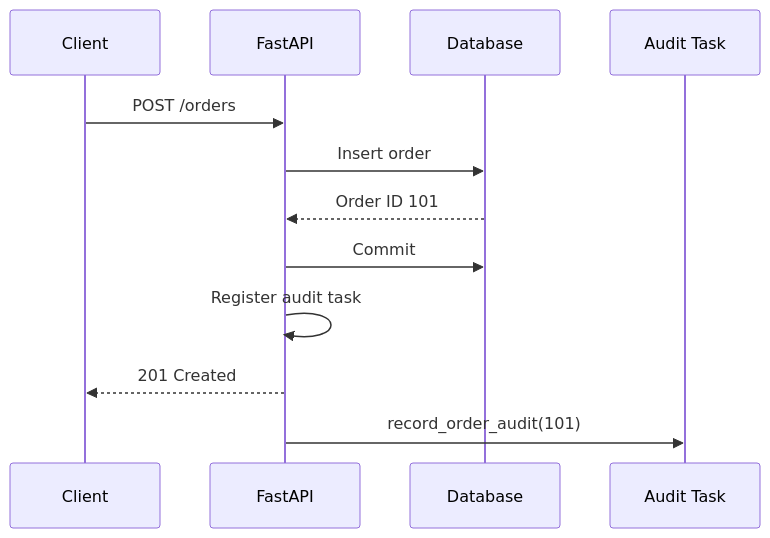
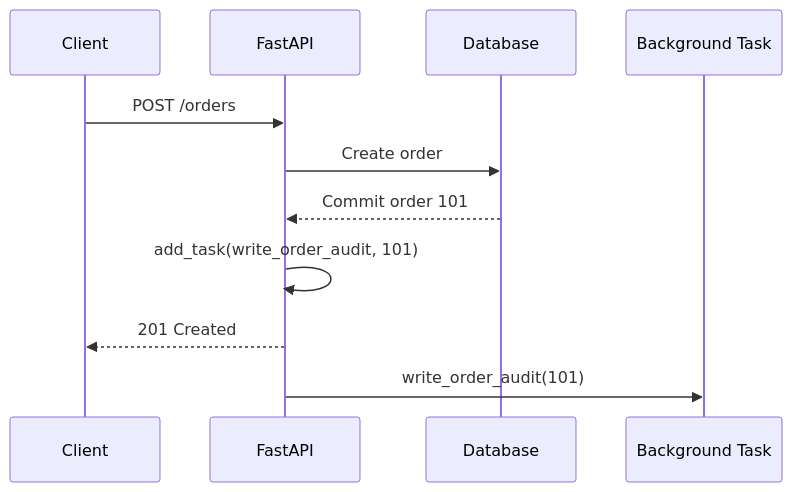
The fourth of 4 diagrams in src/content/fastapi/background-tasks.md (AvadhBhalodiya/Interview-Preparation), drawn with Mermaid before and after one commit. The commit also changed other lines of this file and 80 other files, not shown here.

````diff
--- a/src/content/fastapi/background-tasks.md
+++ b/src/content/fastapi/background-tasks.md
@@ -785,15 +386,14 @@
 ```mermaid
 sequenceDiagram
-    participant Client
-    participant API as FastAPI
+    participant C as Client
+    participant A as FastAPI
     participant DB as Database
-    participant Audit as Audit Task
+    participant BG as Background Task
 
-    Client->>API: POST /orders
-    API->>DB: Insert order
-    DB-->>API: Order ID 101
-    API->>DB: Commit
-    API->>API: Register audit task
-    API-->>Client: 201 Created
-    API->>Audit: record_order_audit(101)
+    C->>A: POST /orders
+    A->>DB: Create order
+    DB-->>A: Commit order 101
+    A->>A: add_task(write_order_audit, 101)
+    A-->>C: 201 Created
+    A->>BG: write_order_audit(101)
 ```
````
